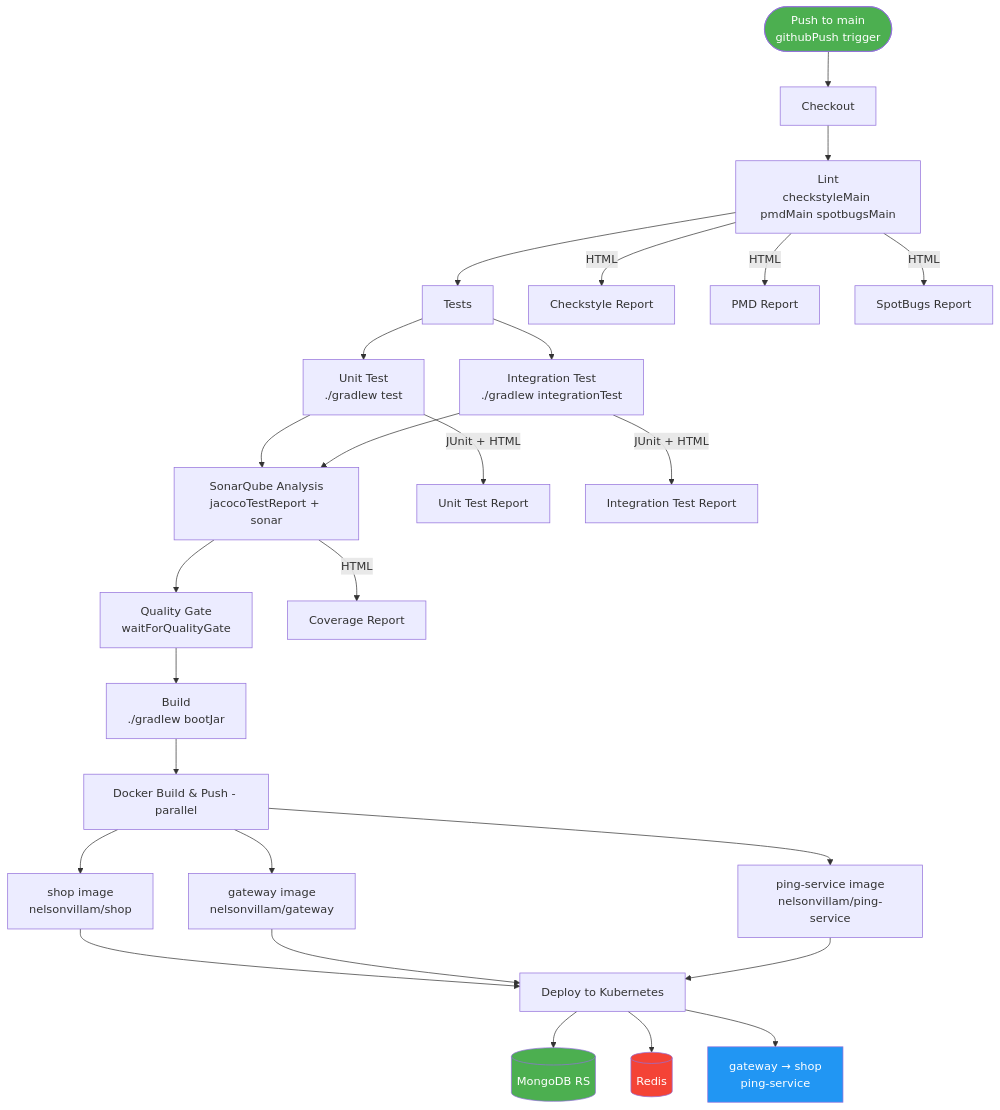
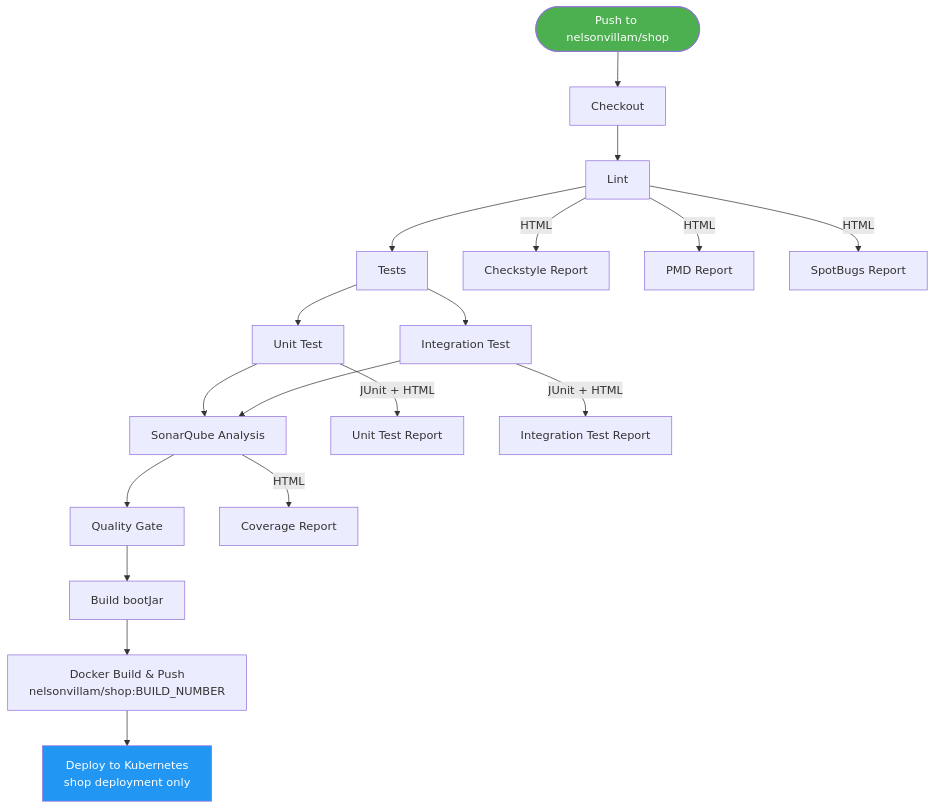
Before and after one commit to nelsonvillam/shop: the first of 3 diagrams in docs/CICD.md, drawn with Mermaid. The commit also changed other lines of this file and 6 other files, not shown here.

````diff
--- a/docs/CICD.md
+++ b/docs/CICD.md
@@ -69,35 +61,24 @@
 ```mermaid
 flowchart TD
-    A([Push to main\ngithubPush trigger]) --> B[Checkout]
-    B --> C[Lint\ncheckstyleMain pmdMain spotbugsMain]
+    A([Push to nelsonvillam/shop]) --> B[Checkout]
+    B --> C[Lint]
     C --> D[Tests]
-    D --> E[Unit Test\n./gradlew test]
-    D --> F[Integration Test\n./gradlew integrationTest]
-    E --> G[SonarQube Analysis\njacocoTestReport + sonar]
+    D --> E[Unit Test]
+    D --> F[Integration Test]
+    E --> G[SonarQube Analysis]
     F --> G
-    G --> H[Quality Gate\nwaitForQualityGate]
-    H --> I[Build\n./gradlew bootJar]
-    I --> J[Docker Build & Push - parallel]
-    J --> J1[shop image\nnelsonvillam/shop]
-    J --> J2[gateway image\nnelsonvillam/gateway]
-    J --> J3[ping-service image\nnelsonvillam/ping-service]
-    J1 --> L[Deploy to Kubernetes]
-    J2 --> L
-    J3 --> L
+    G --> H[Quality Gate]
+    H --> I[Build bootJar]
+    I --> J[Docker Build & Push\nnelsonvillam/shop:BUILD_NUMBER]
+    J --> K[Deploy to Kubernetes\nshop deployment only]
 
     C -->|HTML| R1[Checkstyle Report]
     C -->|HTML| R2[PMD Report]
     C -->|HTML| R3[SpotBugs Report]
     E -->|JUnit + HTML| R4[Unit Test Report]
     F -->|JUnit + HTML| R5[Integration Test Report]
     G -->|HTML| R6[Coverage Report]
 
-    L --> M[(MongoDB RS)]
-    L --> N[(Redis)]
-    L --> O[gateway → shop\nping-service]
-
     style A fill:#4CAF50,color:#fff
-    style O fill:#2196F3,color:#fff
-    style M fill:#4CAF50,color:#fff
-    style N fill:#f44336,color:#fff
+    style K fill:#2196F3,color:#fff
 ```
````
